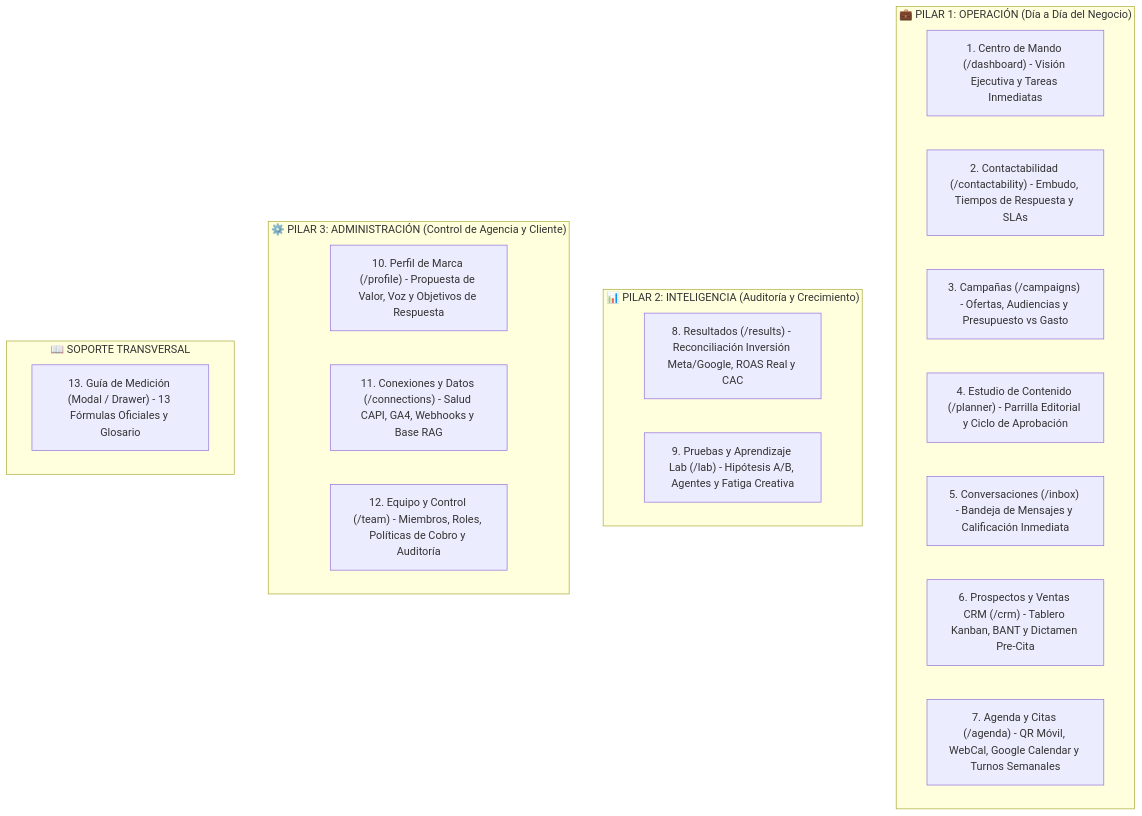
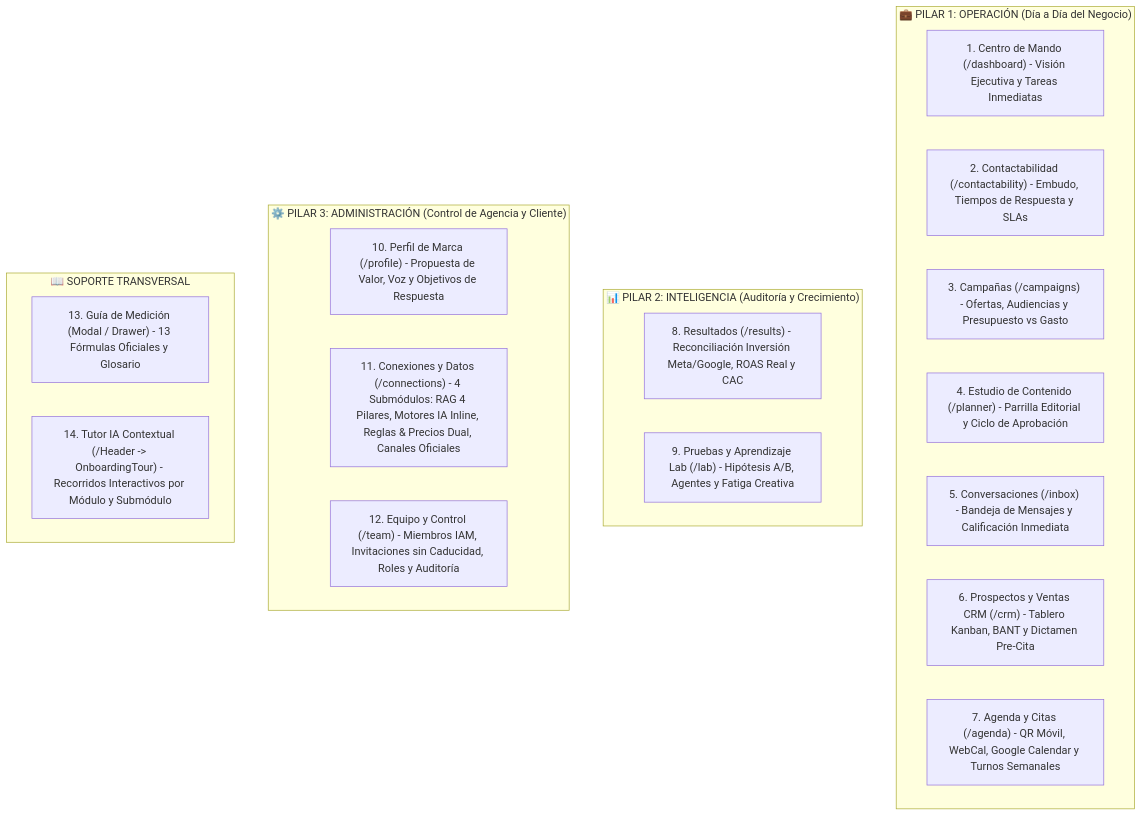
Before and after one commit to VectorInside/Vector-Community: the diagram in docs/ADR_011_UX_UI_BRAND_AND_OPERATIONAL_TAXONOMY.md, drawn with Mermaid. The commit also changed other lines of this file and 13 other files, not shown here.

````diff
--- a/docs/ADR_011_UX_UI_BRAND_AND_OPERATIONAL_TAXONOMY.md
+++ b/docs/ADR_011_UX_UI_BRAND_AND_OPERATIONAL_TAXONOMY.md
@@ -35,27 +35,28 @@
 ```mermaid
 graph TD
     subgraph Pillar1["💼 PILAR 1: OPERACIÓN (Día a Día del Negocio)"]
         M01["1. Centro de Mando (/dashboard) - Visión Ejecutiva y Tareas Inmediatas"]
         M02["2. Contactabilidad (/contactability) - Embudo, Tiempos de Respuesta y SLAs"]
         M03["3. Campañas (/campaigns) - Ofertas, Audiencias y Presupuesto vs Gasto"]
         M04["4. Estudio de Contenido (/planner) - Parrilla Editorial y Ciclo de Aprobación"]
         M05["5. Conversaciones (/inbox) - Bandeja de Mensajes y Calificación Inmediata"]
         M06["6. Prospectos y Ventas CRM (/crm) - Tablero Kanban, BANT y Dictamen Pre-Cita"]
         M07["7. Agenda y Citas (/agenda) - QR Móvil, WebCal, Google Calendar y Turnos Semanales"]
     end
 
     subgraph Pillar2["📊 PILAR 2: INTELIGENCIA (Auditoría y Crecimiento)"]
         M08["8. Resultados (/results) - Reconciliación Inversión Meta/Google, ROAS Real y CAC"]
         M09["9. Pruebas y Aprendizaje Lab (/lab) - Hipótesis A/B, Agentes y Fatiga Creativa"]
     end
 
     subgraph Pillar3["⚙️ PILAR 3: ADMINISTRACIÓN (Control de Agencia y Cliente)"]
         M10["10. Perfil de Marca (/profile) - Propuesta de Valor, Voz y Objetivos de Respuesta"]
-        M11["11. Conexiones y Datos (/connections) - Salud CAPI, GA4, Webhooks y Base RAG"]
-        M12["12. Equipo y Control (/team) - Miembros, Roles, Políticas de Cobro y Auditoría"]
+        M11["11. Conexiones y Datos (/connections) - 4 Submódulos: RAG 4 Pilares, Motores IA Inline, Reglas & Precios Dual, Canales Oficiales"]
+        M12["12. Equipo y Control (/team) - Miembros IAM, Invitaciones sin Caducidad, Roles y Auditoría"]
     end
 
     subgraph Pillar4["📖 SOPORTE TRANSVERSAL"]
         M13["13. Guía de Medición (Modal / Drawer) - 13 Fórmulas Oficiales y Glosario"]
+        M14["14. Tutor IA Contextual (/Header -> OnboardingTour) - Recorridos Interactivos por Módulo y Submódulo"]
     end
 ```
````
